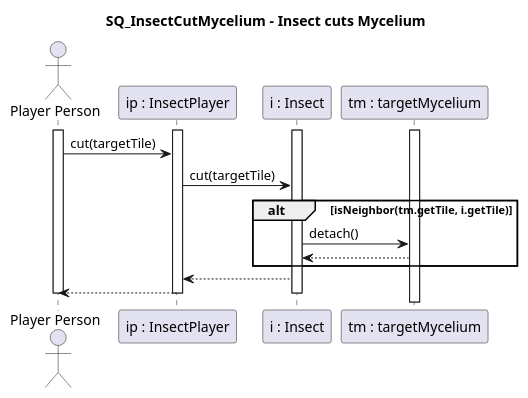
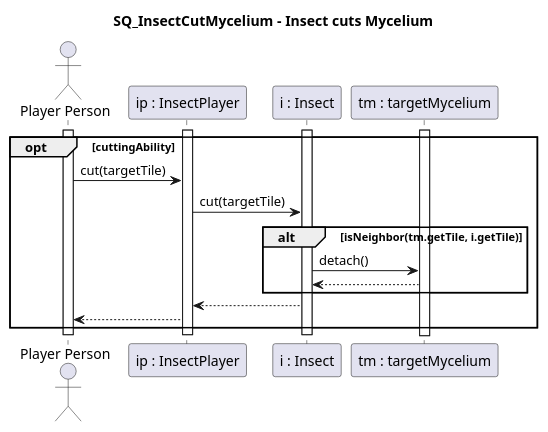
Before and after one commit to Harcipan/Projlab_nullpointerexception: the diagram in diagrams/diagramFiles/SQ_InsectCutMycelium.puml, drawn with PlantUML.

Commit message:
SQ_InsectCutMycelium.puml: added opt

```diff
--- a/diagrams/diagramFiles/SQ_InsectCutMycelium.puml
+++ b/diagrams/diagramFiles/SQ_InsectCutMycelium.puml
@@ -1,28 +1,30 @@
 @startuml SQ_InsectCutMycelium 
 
 title SQ_InsectCutMycelium - Insect cuts Mycelium
 
 actor "Player Person" as Pp
 participant "ip : InsectPlayer" as Ip
 participant "i : Insect" as I
 participant "tm : targetMycelium" as TM
 
 activate Pp
 activate Ip
 activate I
 activate TM
 
-Pp -> Ip : cut(targetTile)
-Ip -> I : cut(targetTile)
-alt isNeighbor(tm.getTile, i.getTile)
-    I -> TM : detach()
-    TM --> I
+opt cuttingAbility
+    Pp -> Ip : cut(targetTile)
+    Ip -> I : cut(targetTile)
+    alt isNeighbor(tm.getTile, i.getTile)
+        I -> TM : detach()
+        TM --> I
+    end
+    I --> Ip
+    Ip --> Pp
 end
-I --> Ip
-Ip --> Pp
 
 deactivate I
 deactivate Ip
 deactivate Pp
 
 @enduml
```
